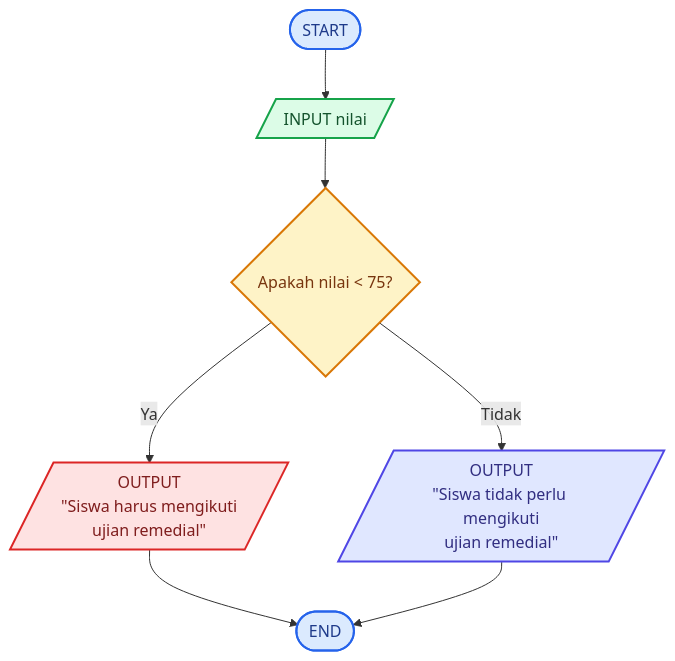
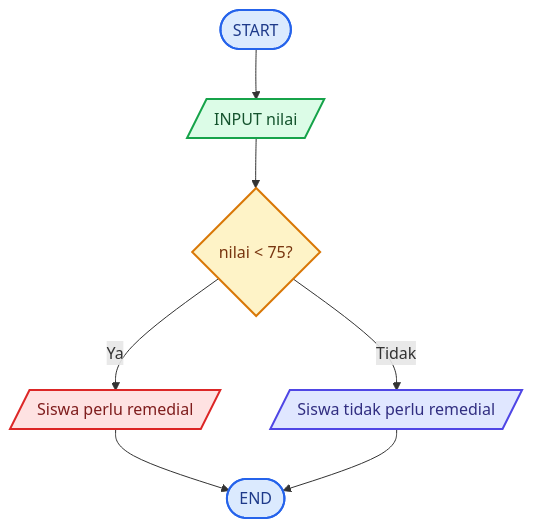
One commit to FikriYustiawann/KELAS-3-E-ALGORITMA-PEMOGRAMAN changed the diagram in README.md. Above: the diagram before and after it, drawn with Mermaid.

Commit message:
Update flowchart wording in README.md

````diff
--- a/README.md
+++ b/README.md
@@ -25,18 +25,18 @@
 ```mermaid
 flowchart TD
     A([START]) --> B[/INPUT nilai/]
-    B --> C{Apakah nilai < 75?}
+    B --> C{nilai < 75?}
 
-    C -->|Ya| D[/OUTPUT<br/>"Siswa harus mengikuti<br/>ujian remedial"/]
-    C -->|Tidak| E[/OUTPUT<br/>"Siswa tidak perlu mengikuti<br/>ujian remedial"/]
+    C -->|Ya| D[/Siswa perlu remedial/]
+    C -->|Tidak| E[/Siswa tidak perlu remedial/]
 
     D --> F([END])
     E --> F
 
     style A fill:#dbeafe,stroke:#2563eb,stroke-width:2px,color:#1e3a8a
     style B fill:#dcfce7,stroke:#16a34a,stroke-width:2px,color:#14532d
     style C fill:#fef3c7,stroke:#d97706,stroke-width:2px,color:#78350f
     style D fill:#fee2e2,stroke:#dc2626,stroke-width:2px,color:#7f1d1d
     style E fill:#e0e7ff,stroke:#4f46e5,stroke-width:2px,color:#312e81
     style F fill:#dbeafe,stroke:#2563eb,stroke-width:2px,color:#1e3a8a
 ```
````
